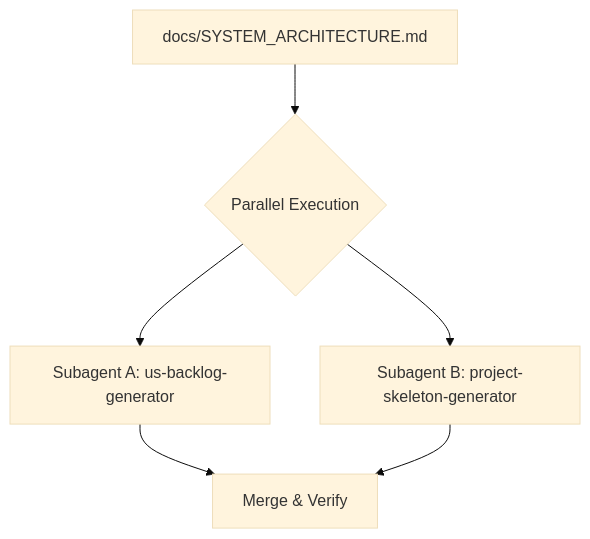
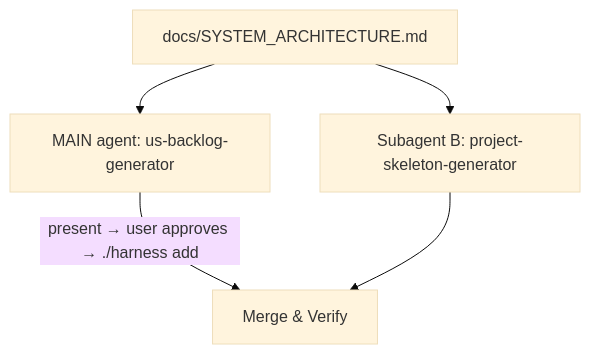
The diagram in skills/workflow-bootstrap/references/phase-2-backlog-and-skeleton.md (nobodyonlyc/skills), drawn with Mermaid (base theme) before and after one commit. The commit also changed other lines of this file, not shown here.

First line of the commit message:
docs(bootstrap): run backlog generator in main agent, not subagent

````diff
--- a/skills/workflow-bootstrap/references/phase-2-backlog-and-skeleton.md
+++ b/skills/workflow-bootstrap/references/phase-2-backlog-and-skeleton.md
@@ -7,8 +7,7 @@
 ```mermaid
 graph TD
-    Spec["docs/SYSTEM_ARCHITECTURE.md"] --> Parallel{"Parallel Execution"}
-    Parallel --> SubA["Subagent A: us-backlog-generator"]
-    Parallel --> SubB["Subagent B: project-skeleton-generator"]
-    SubA --> Merge["Merge & Verify"]
+    Spec["docs/SYSTEM_ARCHITECTURE.md"] --> Main["MAIN agent: us-backlog-generator"]
+    Spec --> SubB["Subagent B: project-skeleton-generator"]
+    Main -->|present → user approves → ./harness add| Merge["Merge & Verify"]
     SubB --> Merge
 ```
````
